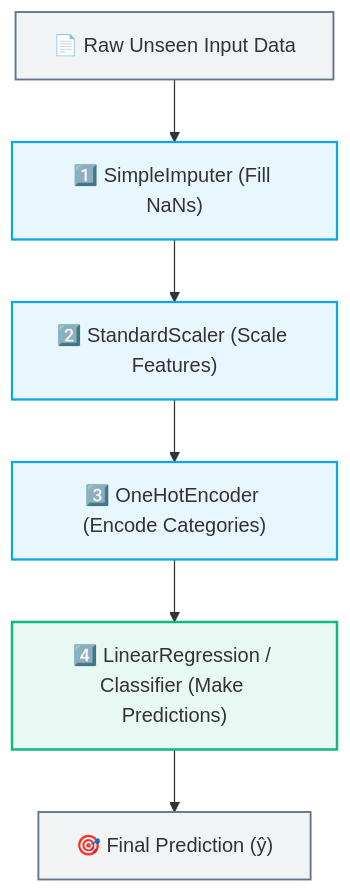
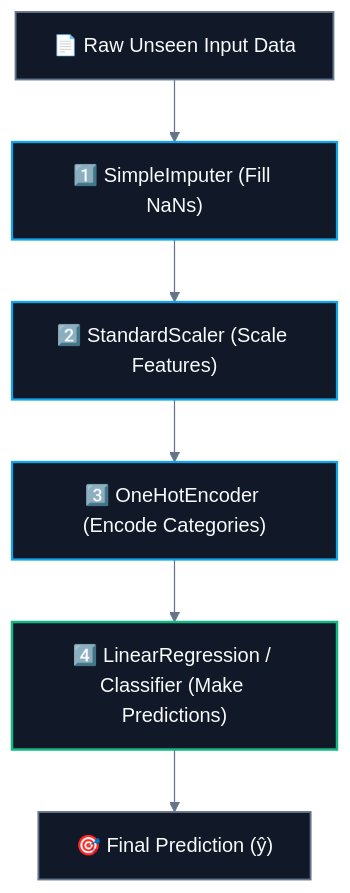
One commit to abhinavbharti2345/CS_Notes changed the first of 3 diagrams in CS/AI & ML/02. Data Preprocessing/05. Scikit-Learn Pipeline.md. Above: the diagram before and after it, drawn with Mermaid. The commit also changed other lines of this file and 195 other files, not shown here.

````diff
--- a/CS/AI & ML/02. Data Preprocessing/05. Scikit-Learn Pipeline.md
+++ b/CS/AI & ML/02. Data Preprocessing/05. Scikit-Learn Pipeline.md
@@ -26,16 +26,17 @@
 ```mermaid
+%%{init: {'theme': 'base', 'themeVariables': { 'darkMode': true, 'background': '#0B0F14', 'mainBkg': '#111827', 'primaryColor': '#111827', 'primaryTextColor': '#F8FAFC', 'primaryBorderColor': '#38BDF8', 'lineColor': '#64748B', 'secondaryColor': '#0B0F14', 'tertiaryColor': '#0B0F14', 'clusterBkg': '#0B0F14', 'clusterBorder': '#38BDF8' }}}%%
 flowchart TD
     Raw["📄 Raw Unseen Input Data"] --> Imp["1️⃣ SimpleImputer (Fill NaNs)"]
     Imp --> Scale["2️⃣ StandardScaler (Scale Features)"]
     Scale --> Enc["3️⃣ OneHotEncoder (Encode Categories)"]
     Enc --> Model["4️⃣ LinearRegression / Classifier (Make Predictions)"]
     Model --> Out["🎯 Final Prediction (ŷ)"]
 
-    classDef step fill:#0ea5e918,stroke:#0ea5e9,stroke-width:1.8px;
-    classDef model fill:#10b98118,stroke:#10b981,stroke-width:2px;
-    classDef io fill:#64748b15,stroke:#64748b,stroke-width:1.5px;
+    classDef step fill:#111827,stroke:#0ea5e9,stroke-width:1.8px,color:#F8FAFC;
+    classDef model fill:#111827,stroke:#10b981,stroke-width:2px,color:#F8FAFC;
+    classDef io fill:#111827,stroke:#64748b,stroke-width:1.5px,color:#F8FAFC;
 
     class Raw,Out io;
     class Imp,Scale,Enc step;
     class Model model;
 ```
````
